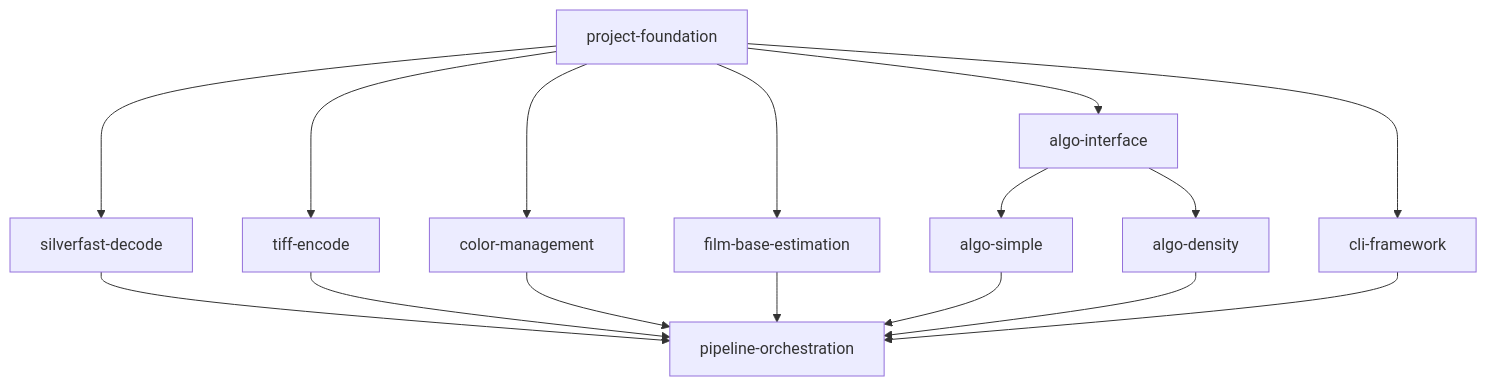
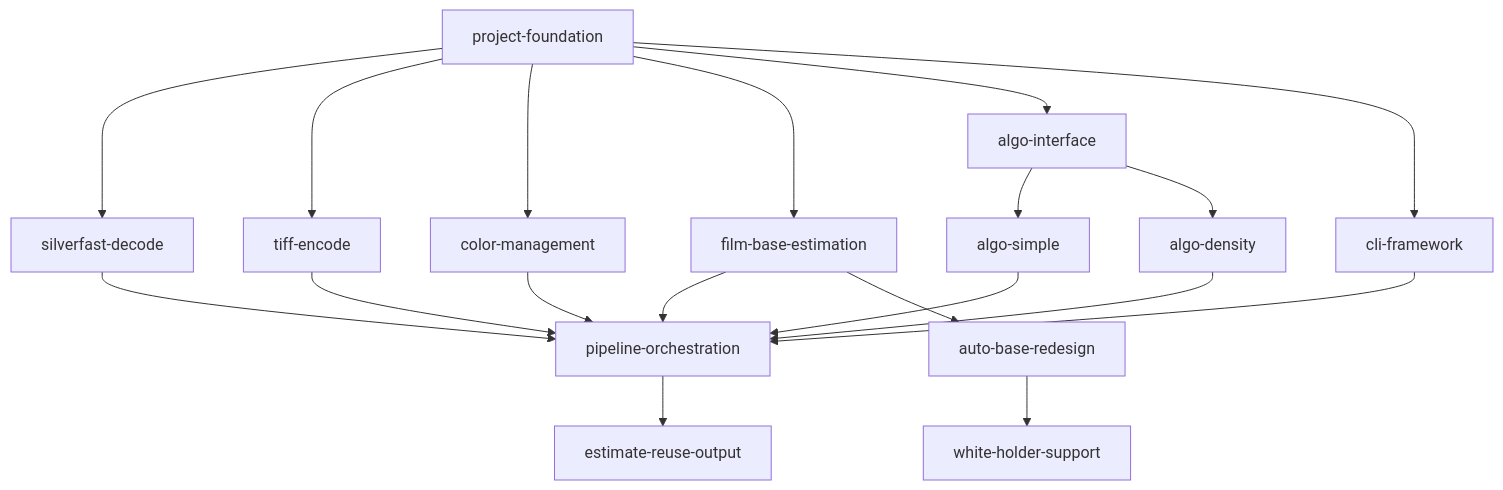
Before and after one commit to lix42/negative-converter: the diagram in docs/TASKS.md, drawn with Mermaid. The commit also changed other lines of this file and 9 other files, not shown here.

Commit message:
Film-base / Dmin estimation + high-res HDRi decode fix (#10)

````diff
--- a/docs/TASKS.md
+++ b/docs/TASKS.md
@@ -43,18 +43,21 @@
 ```mermaid
 graph TD
   project-foundation --> silverfast-decode
   project-foundation --> tiff-encode
   project-foundation --> color-management
   project-foundation --> film-base-estimation
   project-foundation --> algo-interface
   project-foundation --> cli-framework
   algo-interface --> algo-simple
   algo-interface --> algo-density
   silverfast-decode --> pipeline-orchestration
   tiff-encode --> pipeline-orchestration
   color-management --> pipeline-orchestration
   film-base-estimation --> pipeline-orchestration
   algo-simple --> pipeline-orchestration
   algo-density --> pipeline-orchestration
   cli-framework --> pipeline-orchestration
+  film-base-estimation --> auto-base-redesign
+  auto-base-redesign --> white-holder-support
+  pipeline-orchestration --> estimate-reuse-output
 ```
````
